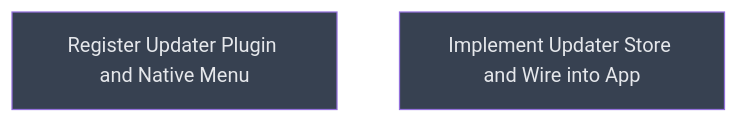
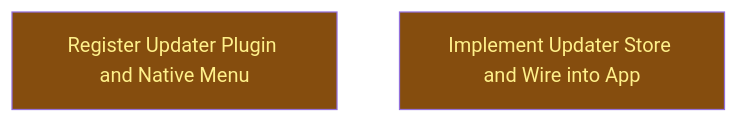
Before and after one commit to LittleCoinCoin/sift: the diagram in __roadmap__/auto-updater/updater_integration/README.md, drawn with Mermaid. The commit also changed other lines of this file and 1 other file, not shown here.

Commit message:
chore(roadmap): mark depth-0 tasks done, updater_integration inprogress

````diff
--- a/__roadmap__/auto-updater/updater_integration/README.md
+++ b/__roadmap__/auto-updater/updater_integration/README.md
@@ -21,10 +21,10 @@
 ```mermaid
 graph TD
-    rust_plugin[Register Updater Plugin and Native Menu]:::planned
-    updater_store[Implement Updater Store and Wire into App]:::planned
+    rust_plugin[Register Updater Plugin and Native Menu]:::inprogress
+    updater_store[Implement Updater Store and Wire into App]:::inprogress
     classDef done       fill:#166534,color:#bbf7d0
     classDef inprogress fill:#854d0e,color:#fef08a
     classDef planned    fill:#374151,color:#e5e7eb
     classDef amendment  fill:#1e3a5f,color:#bfdbfe
     classDef blocked    fill:#7f1d1d,color:#fecaca
 ```
````
